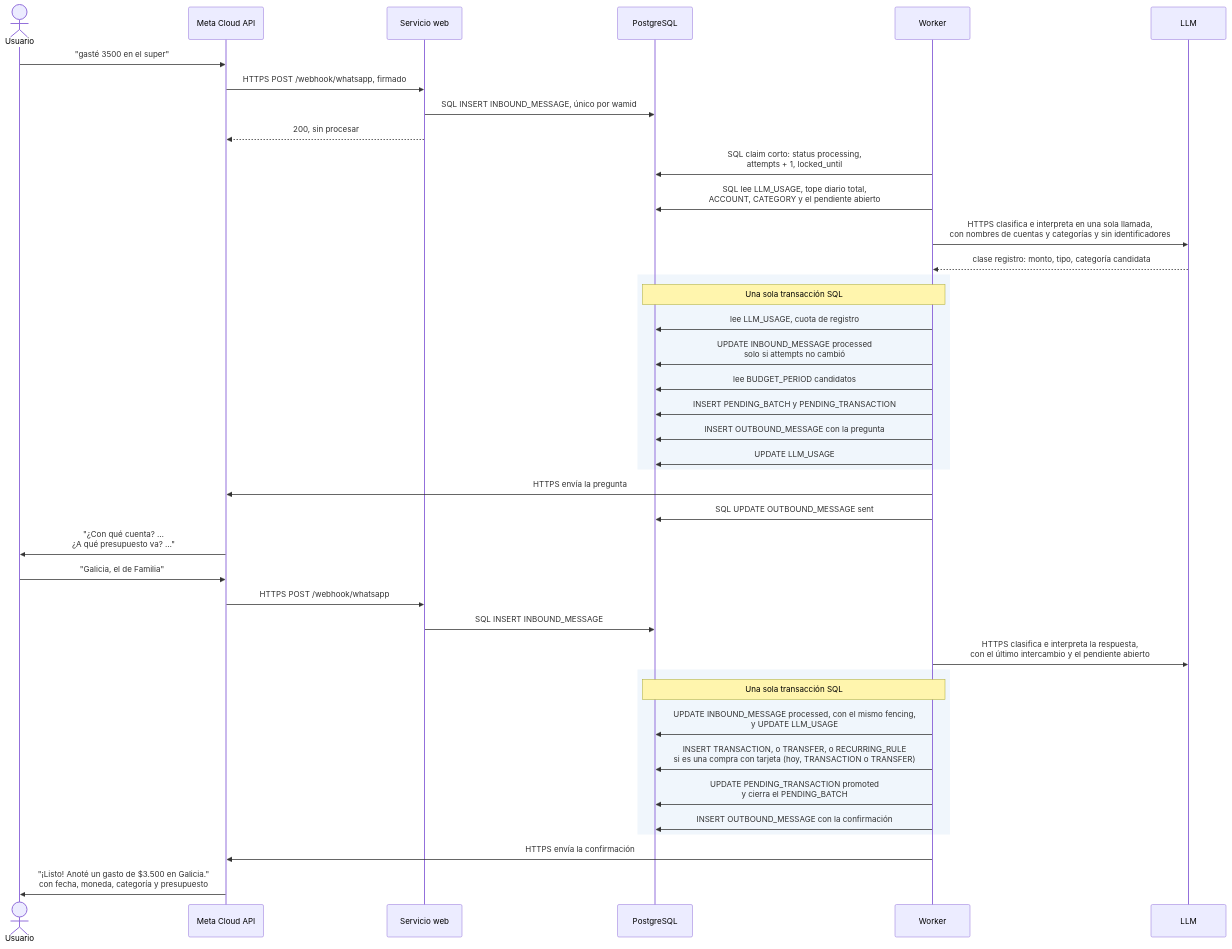
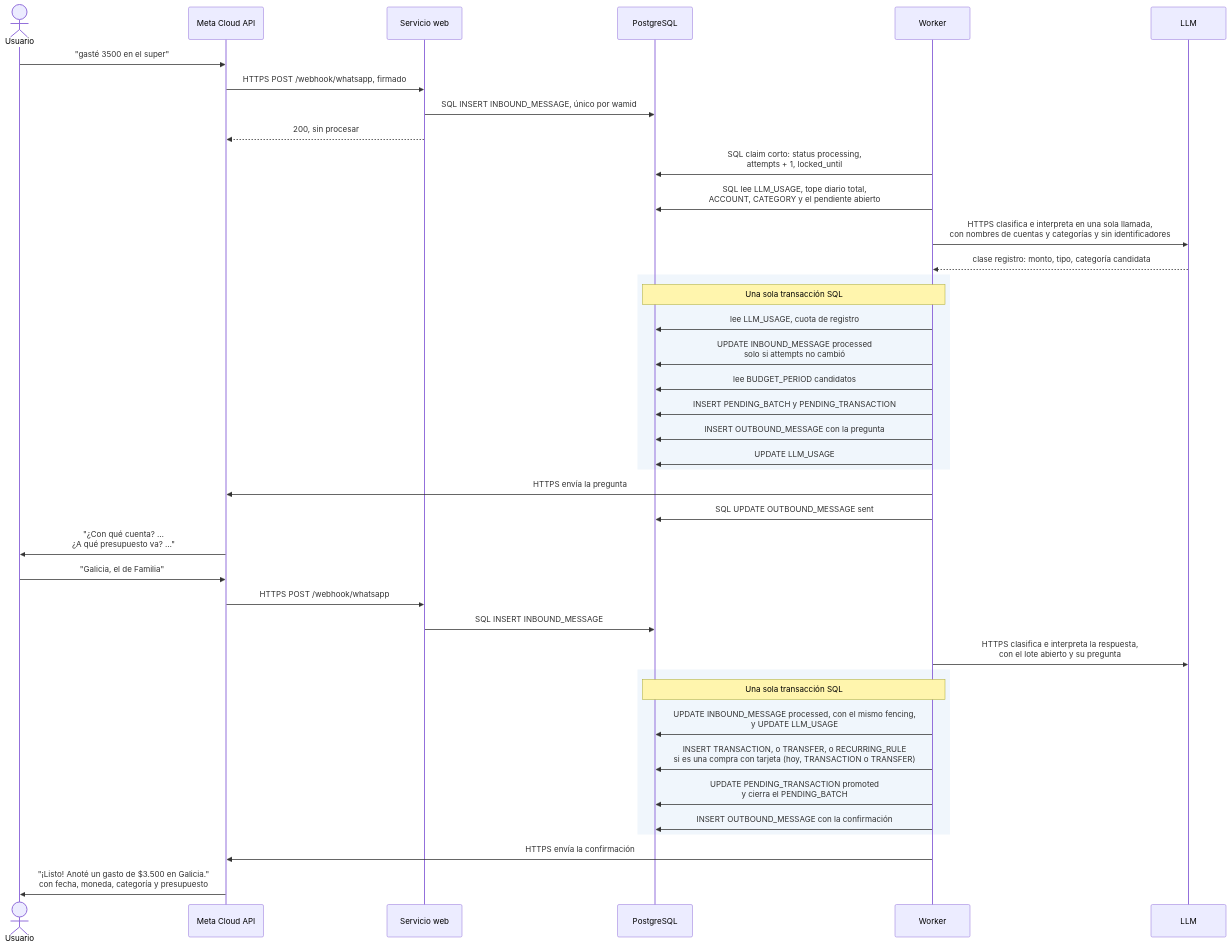
The fourth of 12 diagrams in docs/recorrido-completo.md (verozacarias-prog/AI4Devs-finalproject), drawn with Mermaid before and after one commit. The commit also changed other lines of this file and 17 other files, not shown here.

````diff
--- a/docs/recorrido-completo.md
+++ b/docs/recorrido-completo.md
@@ -201,43 +201,43 @@
 ```mermaid
 sequenceDiagram
     actor U as Usuario
     participant M as Meta Cloud API
     participant API as Servicio web
     participant DB as PostgreSQL
     participant W as Worker
     participant L as LLM
 
     U->>M: "gasté 3500 en el super"
     M->>API: HTTPS POST /webhook/whatsapp, firmado
     API->>DB: SQL INSERT INBOUND_MESSAGE, único por wamid
     API-->>M: 200, sin procesar
     W->>DB: SQL claim corto: status processing,<br/>attempts + 1, locked_until
     W->>DB: SQL lee LLM_USAGE, tope diario total,<br/>ACCOUNT, CATEGORY y el pendiente abierto
     W->>L: HTTPS clasifica e interpreta en una sola llamada,<br/>con nombres de cuentas y categorías y sin identificadores
     L-->>W: clase registro: monto, tipo, categoría candidata
     rect rgb(240, 246, 252)
         Note over W,DB: Una sola transacción SQL
         W->>DB: lee LLM_USAGE, cuota de registro
         W->>DB: UPDATE INBOUND_MESSAGE processed<br/>solo si attempts no cambió
         W->>DB: lee BUDGET_PERIOD candidatos
         W->>DB: INSERT PENDING_BATCH y PENDING_TRANSACTION
         W->>DB: INSERT OUTBOUND_MESSAGE con la pregunta
         W->>DB: UPDATE LLM_USAGE
     end
     W->>M: HTTPS envía la pregunta
     W->>DB: SQL UPDATE OUTBOUND_MESSAGE sent
     M->>U: "¿Con qué cuenta? …<br/>¿A qué presupuesto va? …"
     U->>M: "Galicia, el de Familia"
     M->>API: HTTPS POST /webhook/whatsapp
     API->>DB: SQL INSERT INBOUND_MESSAGE
-    W->>L: HTTPS clasifica e interpreta la respuesta,<br/>con el último intercambio y el pendiente abierto
+    W->>L: HTTPS clasifica e interpreta la respuesta,<br/>con el lote abierto y su pregunta
     rect rgb(240, 246, 252)
         Note over W,DB: Una sola transacción SQL
         W->>DB: UPDATE INBOUND_MESSAGE processed, con el mismo fencing,<br/>y UPDATE LLM_USAGE
         W->>DB: INSERT TRANSACTION, o TRANSFER, o RECURRING_RULE<br/>si es una compra con tarjeta (hoy, TRANSACTION o TRANSFER)
         W->>DB: UPDATE PENDING_TRANSACTION promoted<br/>y cierra el PENDING_BATCH
         W->>DB: INSERT OUTBOUND_MESSAGE con la confirmación
     end
     W->>M: HTTPS envía la confirmación
     M->>U: "¡Listo! Anoté un gasto de $3.500 en Galicia."<br/>con fecha, moneda, categoría y presupuesto
 ```
````
